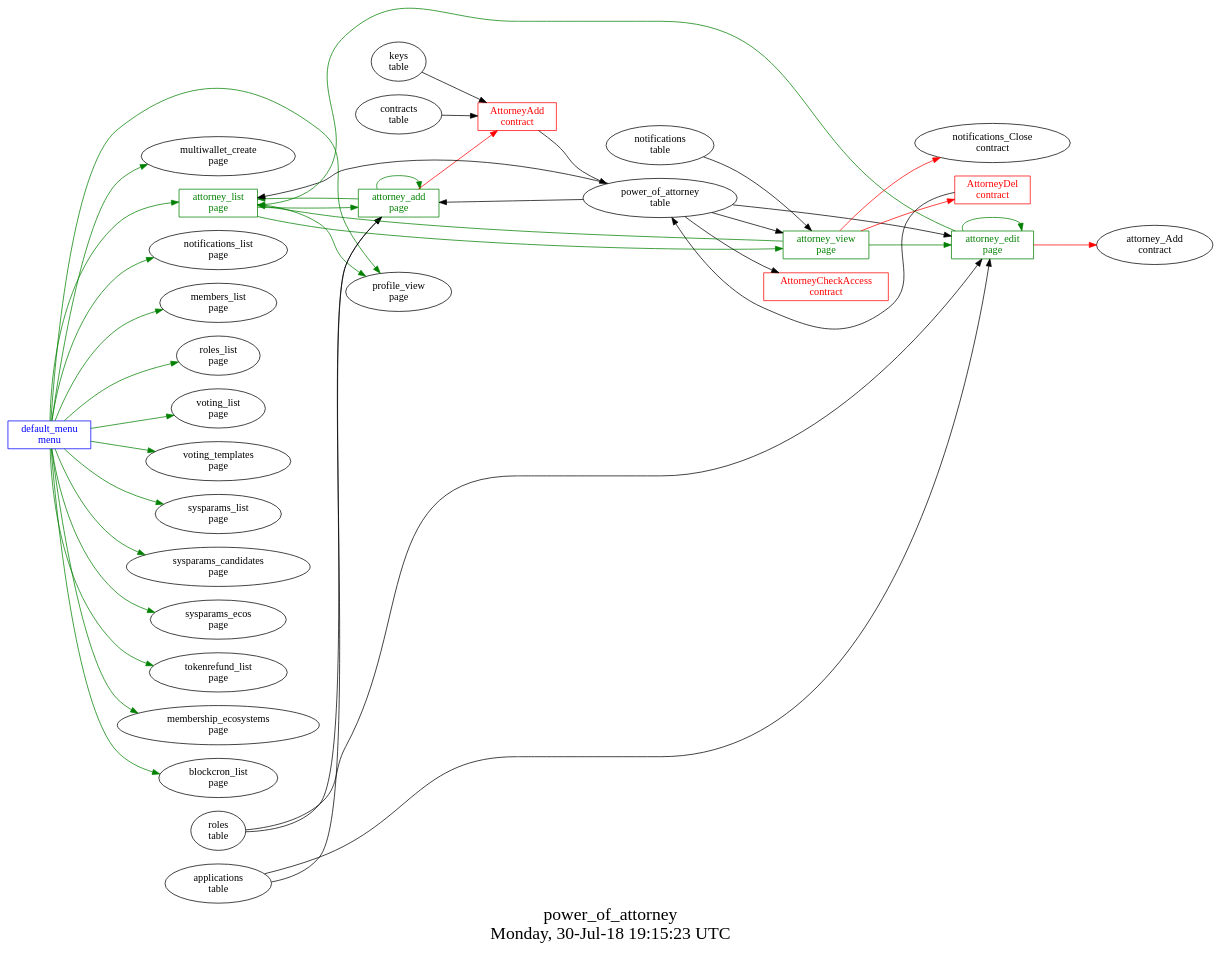
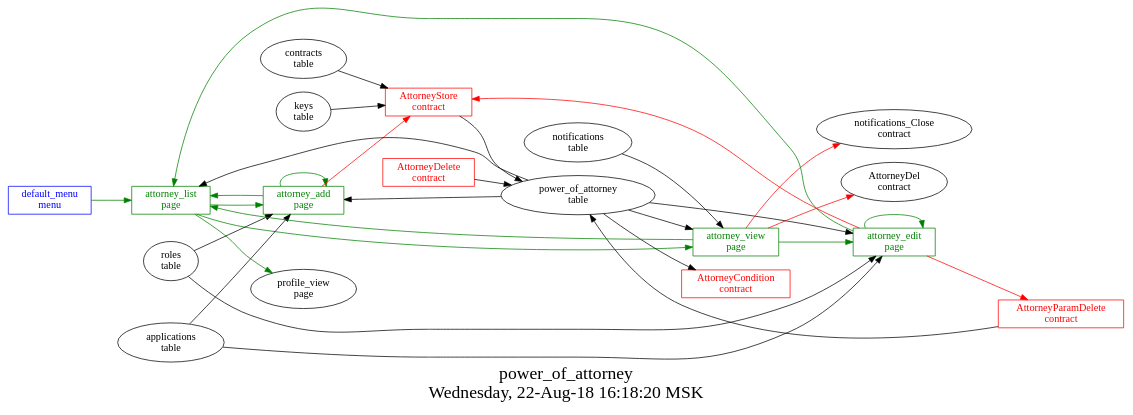
One commit to AlexZeDim/apps changed the diagram in src/power_of_attorney/struct.dot. Above: the diagram before and after it, drawn with Graphviz. The commit also changed 15 other files, not shown here.

```diff
--- a/src/power_of_attorney/struct.dot
+++ b/src/power_of_attorney/struct.dot
@@ -1,60 +1,50 @@
 digraph G {
 graph [
   fontsize="24";
-  label="power_of_attorney\nMonday, 30-Jul-18 19:15:23 UTC";
+  label="power_of_attorney\nWednesday, 22-Aug-18 16:18:20 MSK";
   nojustify=true;
   ordering=out;
   rankdir=LR;
   size="30";
 ];
-"default_menu\nmenu" -> "profile_view\npage"  [ color=green ]
-"default_menu\nmenu" -> "multiwallet_create\npage"  [ color=green ]
 "default_menu\nmenu" -> "attorney_list\npage"  [ color=green ]
-"default_menu\nmenu" -> "notifications_list\npage"  [ color=green ]
-"default_menu\nmenu" -> "members_list\npage"  [ color=green ]
-"default_menu\nmenu" -> "roles_list\npage"  [ color=green ]
-"default_menu\nmenu" -> "voting_list\npage"  [ color=green ]
-"default_menu\nmenu" -> "voting_templates\npage"  [ color=green ]
-"default_menu\nmenu" -> "sysparams_list\npage"  [ color=green ]
-"default_menu\nmenu" -> "sysparams_candidates\npage"  [ color=green ]
-"default_menu\nmenu" -> "sysparams_ecos\npage"  [ color=green ]
-"default_menu\nmenu" -> "tokenrefund_list\npage"  [ color=green ]
-"default_menu\nmenu" -> "membership_ecosystems\npage"  [ color=green ]
-"default_menu\nmenu" -> "blockcron_list\npage"  [ color=green ]
 "default_menu\nmenu" [color=blue, fontcolor=blue, group=menus, shape=record];
-"attorney_add\npage" -> "AttorneyAdd\ncontract"  [ color=red ]
+"attorney_add\npage" -> "AttorneyStore\ncontract"  [ color=red ]
 "applications\ntable" -> "attorney_add\npage"
 "roles\ntable" -> "attorney_add\npage"
 "power_of_attorney\ntable" -> "attorney_add\npage"
 "attorney_add\npage" -> "attorney_list\npage"  [ color=green ]
 "attorney_add\npage" -> "attorney_add\npage"  [ color=green ]
 "attorney_add\npage" [color=green, fontcolor=green, group=pages, shape=record];
-"attorney_edit\npage" -> "attorney_Add\ncontract"  [ color=red ]
+"attorney_edit\npage" -> "AttorneyParamDelete\ncontract"  [ color=red ]
+"attorney_edit\npage" -> "AttorneyStore\ncontract"  [ color=red ]
 "applications\ntable" -> "attorney_edit\npage"
 "roles\ntable" -> "attorney_edit\npage"
 "power_of_attorney\ntable" -> "attorney_edit\npage"
+"attorney_edit\npage" -> "attorney_list\npage"  [ color=green ]
 "attorney_edit\npage" -> "attorney_edit\npage"  [ color=green ]
-"attorney_edit\npage" -> "attorney_list\npage"  [ color=green ]
 "attorney_edit\npage" [color=green, fontcolor=green, group=pages, shape=record];
 "power_of_attorney\ntable" -> "attorney_list\npage"
 "attorney_list\npage" -> "attorney_add\npage"  [ color=green ]
 "attorney_list\npage" -> "attorney_view\npage"  [ color=green ]
 "attorney_list\npage" -> "profile_view\npage"  [ color=green ]
 "attorney_list\npage" [color=green, fontcolor=green, group=pages, shape=record];
 "attorney_view\npage" -> "notifications_Close\ncontract"  [ color=red ]
 "attorney_view\npage" -> "AttorneyDel\ncontract"  [ color=red ]
 "notifications\ntable" -> "attorney_view\npage"
 "power_of_attorney\ntable" -> "attorney_view\npage"
 "attorney_view\npage" -> "attorney_edit\npage"  [ color=green ]
 "attorney_view\npage" -> "attorney_list\npage"  [ color=green ]
 "attorney_view\npage" [color=green, fontcolor=green, group=pages, shape=record];
-"AttorneyAdd\ncontract" -> "power_of_attorney\ntable"  [ color="" ]
-"keys\ntable" -> "AttorneyAdd\ncontract"
-"contracts\ntable" -> "AttorneyAdd\ncontract"
-"AttorneyAdd\ncontract" [color=red, fontcolor=red, group=contracts, shape=record];
-"power_of_attorney\ntable" -> "AttorneyCheckAccess\ncontract"
-"AttorneyCheckAccess\ncontract" [color=red, fontcolor=red, group=contracts, shape=record];
-"AttorneyDel\ncontract" -> "power_of_attorney\ntable"  [ color="" ]
-"AttorneyDel\ncontract" [color=red, fontcolor=red, group=contracts, shape=record];
+"power_of_attorney\ntable" -> "AttorneyCondition\ncontract"
+"AttorneyCondition\ncontract" [color=red, fontcolor=red, group=contracts, shape=record];
+"AttorneyDelete\ncontract" -> "power_of_attorney\ntable"  [ color="" ]
+"AttorneyDelete\ncontract" [color=red, fontcolor=red, group=contracts, shape=record];
+"AttorneyParamDelete\ncontract" -> "power_of_attorney\ntable"  [ color="" ]
+"AttorneyParamDelete\ncontract" [color=red, fontcolor=red, group=contracts, shape=record];
+"AttorneyStore\ncontract" -> "power_of_attorney\ntable"  [ color="" ]
+"keys\ntable" -> "AttorneyStore\ncontract"
+"contracts\ntable" -> "AttorneyStore\ncontract"
+"AttorneyStore\ncontract" [color=red, fontcolor=red, group=contracts, shape=record];
 "power_of_attorney\ntable" [color="", fontcolor="", group=tables, shape=""];
 }
```
